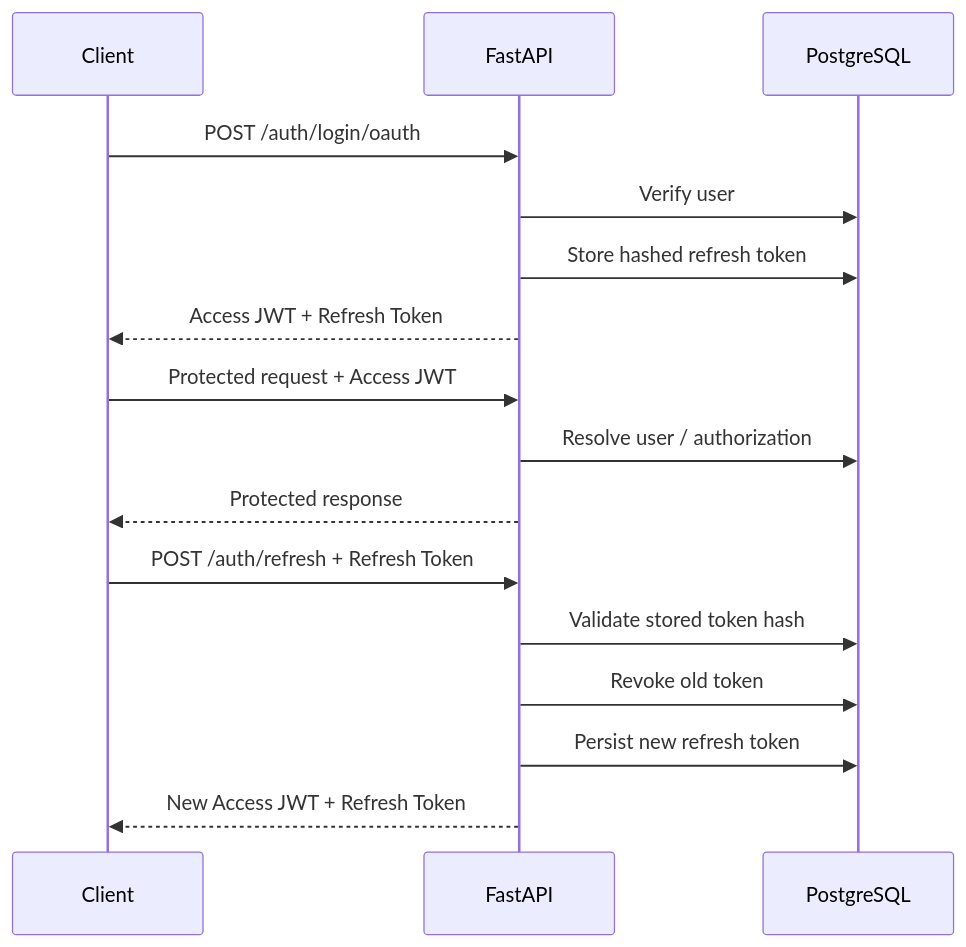
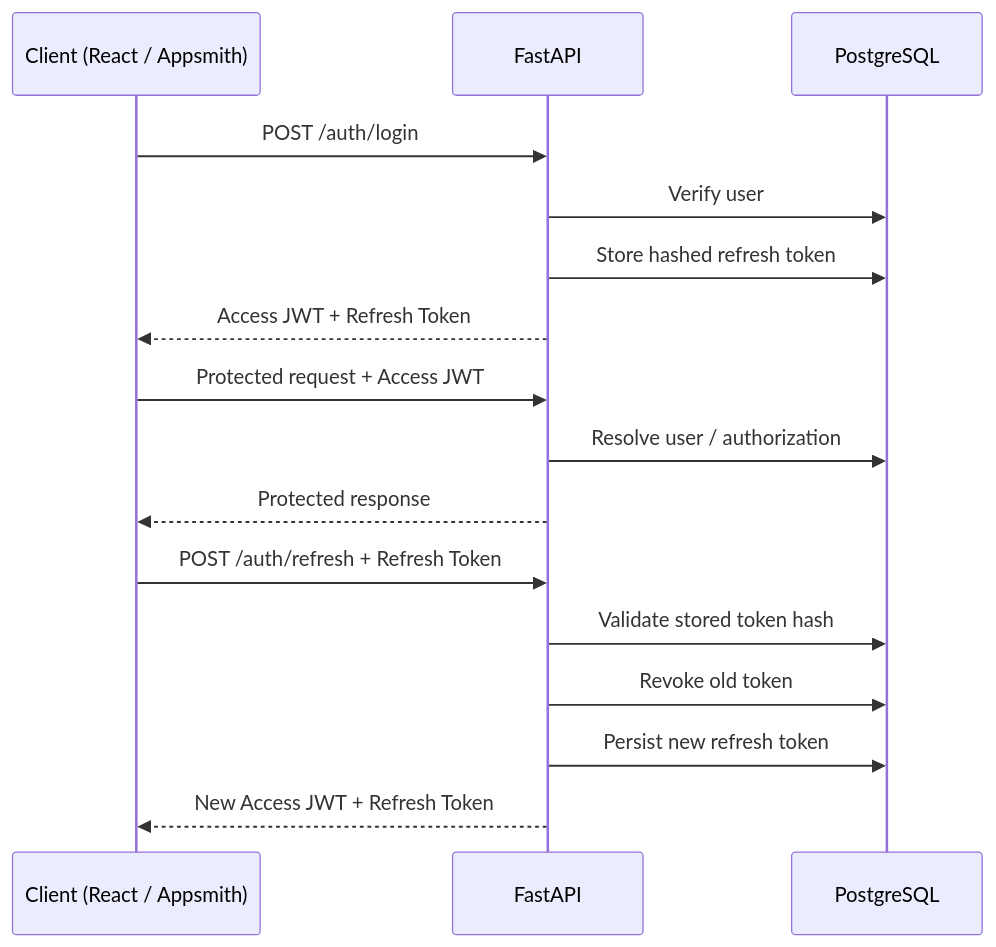
The second of 2 diagrams in README.md (enoorii/contract-clause-reviewer), drawn with Mermaid before and after one commit. The commit also changed other lines of this file and 16 other files, not shown here.

````diff
--- a/README.md
+++ b/README.md
@@ -397,21 +484,21 @@
 ```mermaid
 sequenceDiagram
-    participant C as Client
+    participant C as Client (React / Appsmith)
     participant API as FastAPI
     participant DB as PostgreSQL
 
-    C->>API: POST /auth/login/oauth
+    C->>API: POST /auth/login
     API->>DB: Verify user
     API->>DB: Store hashed refresh token
     API-->>C: Access JWT + Refresh Token
 
     C->>API: Protected request + Access JWT
     API->>DB: Resolve user / authorization
     API-->>C: Protected response
 
     C->>API: POST /auth/refresh + Refresh Token
     API->>DB: Validate stored token hash
     API->>DB: Revoke old token
     API->>DB: Persist new refresh token
     API-->>C: New Access JWT + Refresh Token
 ```
````
